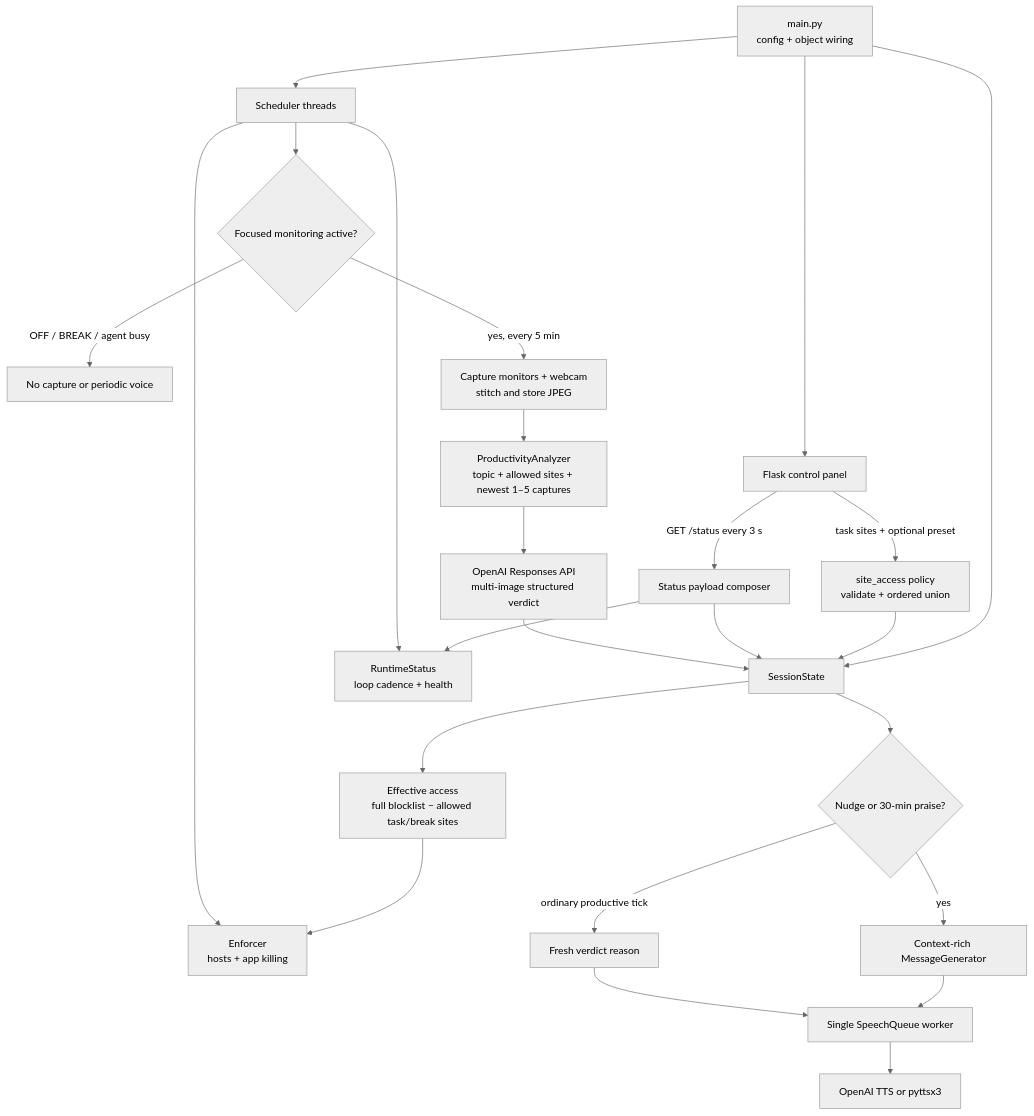
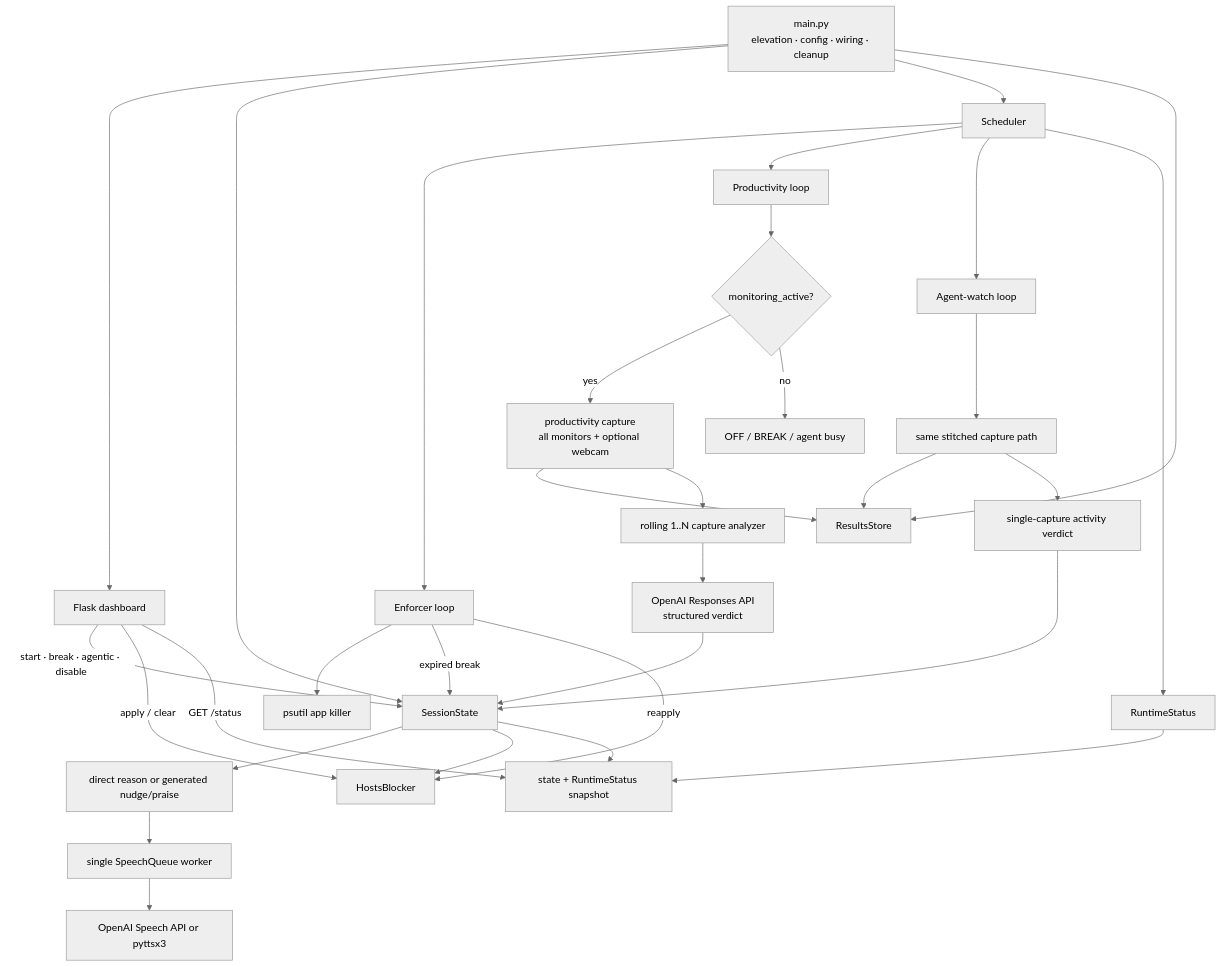
Before and after one commit to BurnyCoder/deep-work-jarvis-waifu-supervisor: the diagram in README.md, drawn with Mermaid (neutral theme). The commit also changed other lines of this file and 2 other files, not shown here.

````diff
--- a/README.md
+++ b/README.md
@@ -76,27 +130,39 @@
 ```mermaid
 flowchart TD
-    Main["main.py<br/>config + object wiring"] --> UI["Flask control panel"]
-    Main --> Scheduler["Scheduler threads"]
+    Main["main.py<br/>elevation · config · wiring · cleanup"] --> UI["Flask dashboard"]
     Main --> State["SessionState"]
-    UI -- "task sites + optional preset" --> Access["site_access policy<br/>validate + ordered union"]
-    Access --> State
-    UI -- "GET /status every 3 s" --> Status["Status payload composer"]
-    Status --> State
-    Status --> Runtime["RuntimeStatus<br/>loop cadence + health"]
-    Scheduler --> Runtime
-    State --> Effective["Effective access<br/>full blocklist − allowed task/break sites"]
-    Effective --> Enforcer["Enforcer<br/>hosts + app killing"]
-    Scheduler --> Enforcer
-    Scheduler --> Gate{"Focused monitoring active?"}
-    Gate -- "OFF / BREAK / agent busy" --> Quiet["No capture or periodic voice"]
-    Gate -- "yes, every 5 min" --> Capture["Capture monitors + webcam<br/>stitch and store JPEG"]
-    Capture --> Window["ProductivityAnalyzer<br/>topic + allowed sites + newest 1–5 captures"]
-    Window --> Vision["OpenAI Responses API<br/>multi-image structured verdict"]
+    Main --> Scheduler["Scheduler"]
+    Main --> Store["ResultsStore"]
+
+    UI -- "start · break · agentic · disable" --> State
+    UI -- "apply / clear" --> Hosts["HostsBlocker"]
+    UI -- "GET /status" --> Status["state + RuntimeStatus snapshot"]
+
+    Scheduler --> Enforcer["Enforcer loop"]
+    Enforcer --> AppKiller["psutil app killer"]
+    Enforcer -- "expired break" --> State
+    Enforcer -- "reapply" --> Hosts
+
+    Scheduler --> Monitor["Productivity loop"]
+    Monitor --> Gate{"monitoring_active?"}
+    Gate -- "yes" --> Capture["productivity capture<br/>all monitors + optional webcam"]
+    Gate -- "no" --> Paused["OFF / BREAK / agent busy"]
+    Capture --> Store
+    Capture --> Analyzer["rolling 1..N capture analyzer"]
+    Analyzer --> Vision["OpenAI Responses API<br/>structured verdict"]
     Vision --> State
-    State --> Outcome{"Nudge or 30-min praise?"}
-    Outcome -- "yes" --> Message["Context-rich MessageGenerator"]
-    Outcome -- "ordinary productive tick" --> Reason["Fresh verdict reason"]
-    Message --> Speech["Single SpeechQueue worker"]
-    Reason --> Speech
-    Speech --> TTS["OpenAI TTS or pyttsx3"]
+    State --> Feedback["direct reason or generated nudge/praise"]
+    Feedback --> Speech["single SpeechQueue worker"]
+    Speech --> TTS["OpenAI Speech API or pyttsx3"]
+
+    Scheduler --> AgentWatch["Agent-watch loop"]
+    AgentWatch --> AgentCapture["same stitched capture path"]
+    AgentCapture --> Store
+    AgentCapture --> AgentVision["single-capture activity verdict"]
+    AgentVision --> State
+    State --> Hosts
+
+    Scheduler --> Runtime["RuntimeStatus"]
+    Runtime --> Status
+    State --> Status
 ```
````
